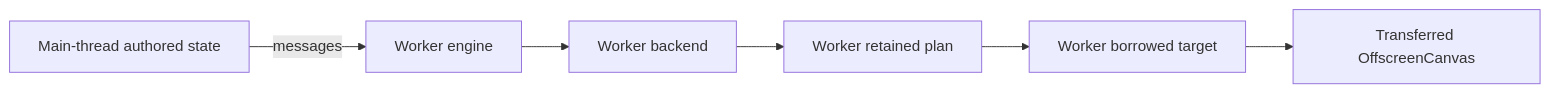
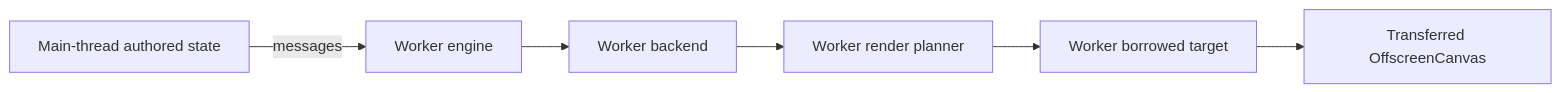
The eighth of 9 diagrams in docs/planning/font-runtime-ownership.md (pmndrs/glyph), drawn with Mermaid before and after one commit. The commit also changed other lines of this file and 14 other files, not shown here.

````diff
--- a/docs/planning/font-runtime-ownership.md
+++ b/docs/planning/font-runtime-ownership.md
@@ -1135,6 +1135,6 @@
 ```mermaid
 flowchart LR
   UI[Main-thread authored state] -->|messages| WR[Worker engine]
-  WR --> WH[Worker backend] --> WS[Worker retained plan]
+  WR --> WH[Worker backend] --> WS[Worker render planner]
   WS --> WT[Worker borrowed target] --> OC[Transferred OffscreenCanvas]
 ```
````
